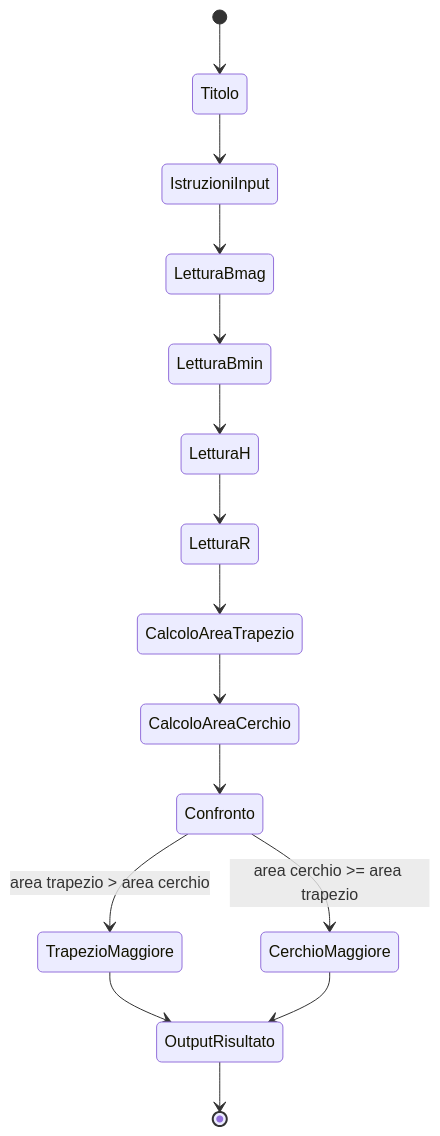
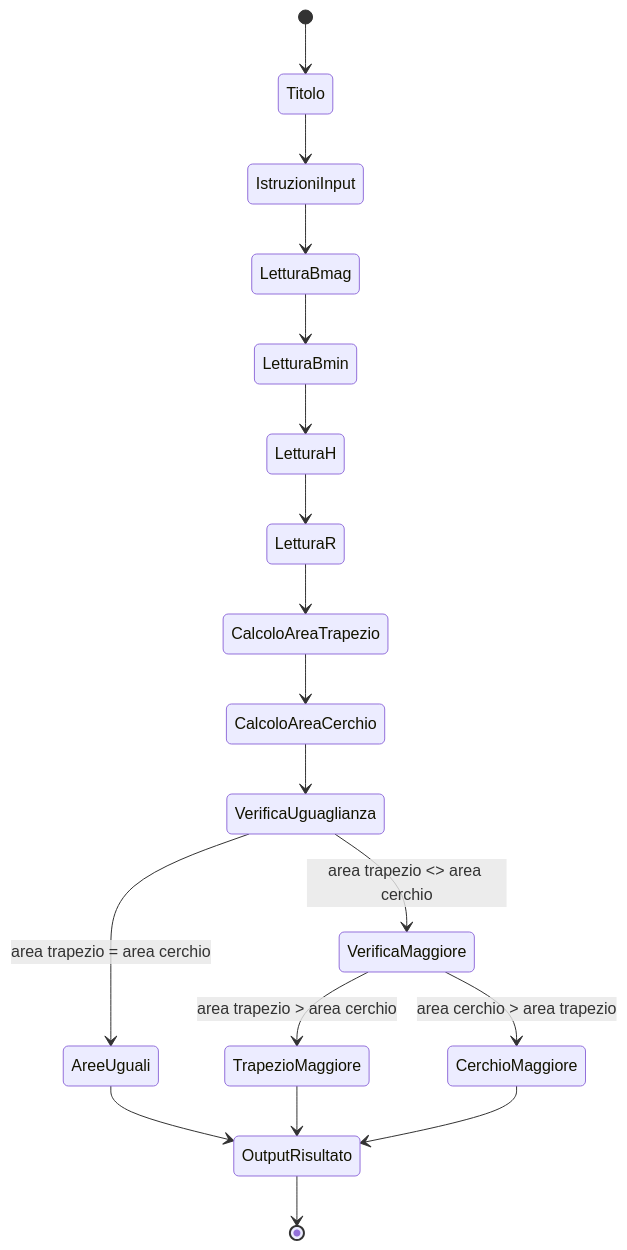
The sixth of 7 diagrams in docs/algocoding/01_flowgorithm.md (Federob/infohandouts), drawn with Mermaid before and after one commit. The commit also changed other lines of this file and 2 other files, not shown here.

````diff
--- a/docs/algocoding/01_flowgorithm.md
+++ b/docs/algocoding/01_flowgorithm.md
@@ -150,17 +150,24 @@
 ```mermaid
 stateDiagram-v2
     [*] --> Titolo
     Titolo --> IstruzioniInput
     IstruzioniInput --> LetturaBmag
     LetturaBmag --> LetturaBmin
     LetturaBmin --> LetturaH
     LetturaH --> LetturaR
     LetturaR --> CalcoloAreaTrapezio
     CalcoloAreaTrapezio --> CalcoloAreaCerchio
-    CalcoloAreaCerchio --> Confronto
-    Confronto --> TrapezioMaggiore: area trapezio > area cerchio
-    Confronto --> CerchioMaggiore: area cerchio >= area trapezio
+    CalcoloAreaCerchio --> VerificaUguaglianza
+
+    VerificaUguaglianza --> AreeUguali: area trapezio = area cerchio
+    VerificaUguaglianza --> VerificaMaggiore: area trapezio <> area cerchio
+
+    VerificaMaggiore --> TrapezioMaggiore: area trapezio > area cerchio
+    VerificaMaggiore --> CerchioMaggiore: area cerchio > area trapezio
+
+    AreeUguali --> OutputRisultato
     TrapezioMaggiore --> OutputRisultato
     CerchioMaggiore --> OutputRisultato
+
     OutputRisultato --> [*]
 ```
````
